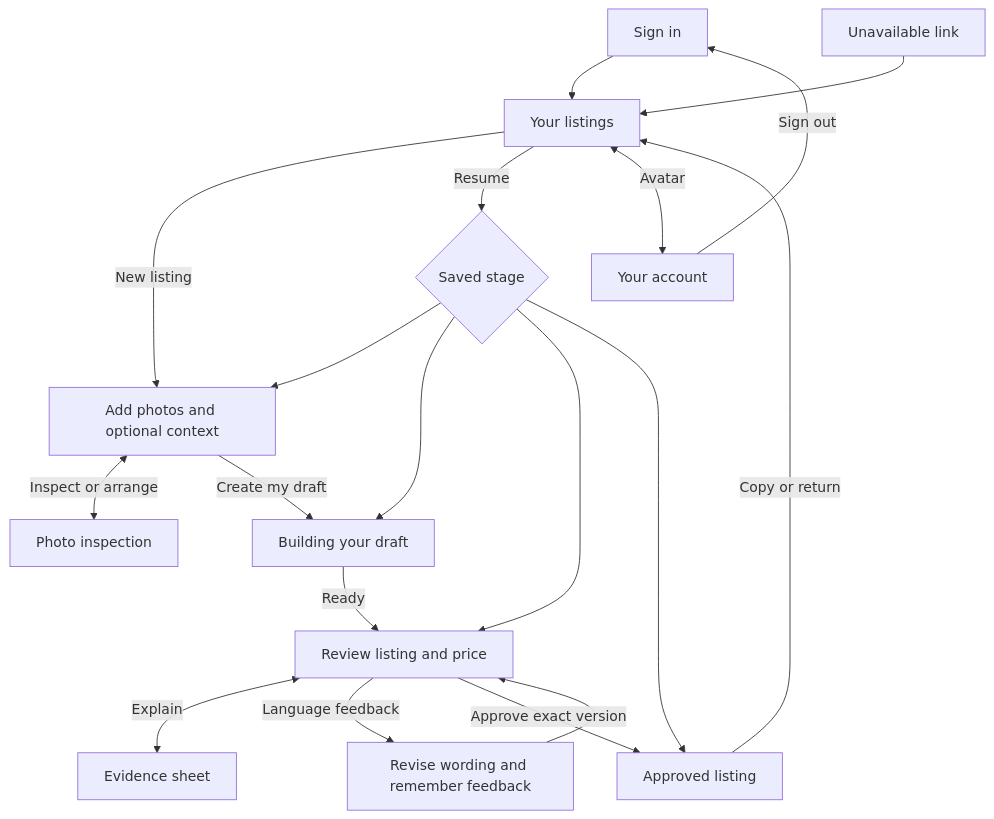
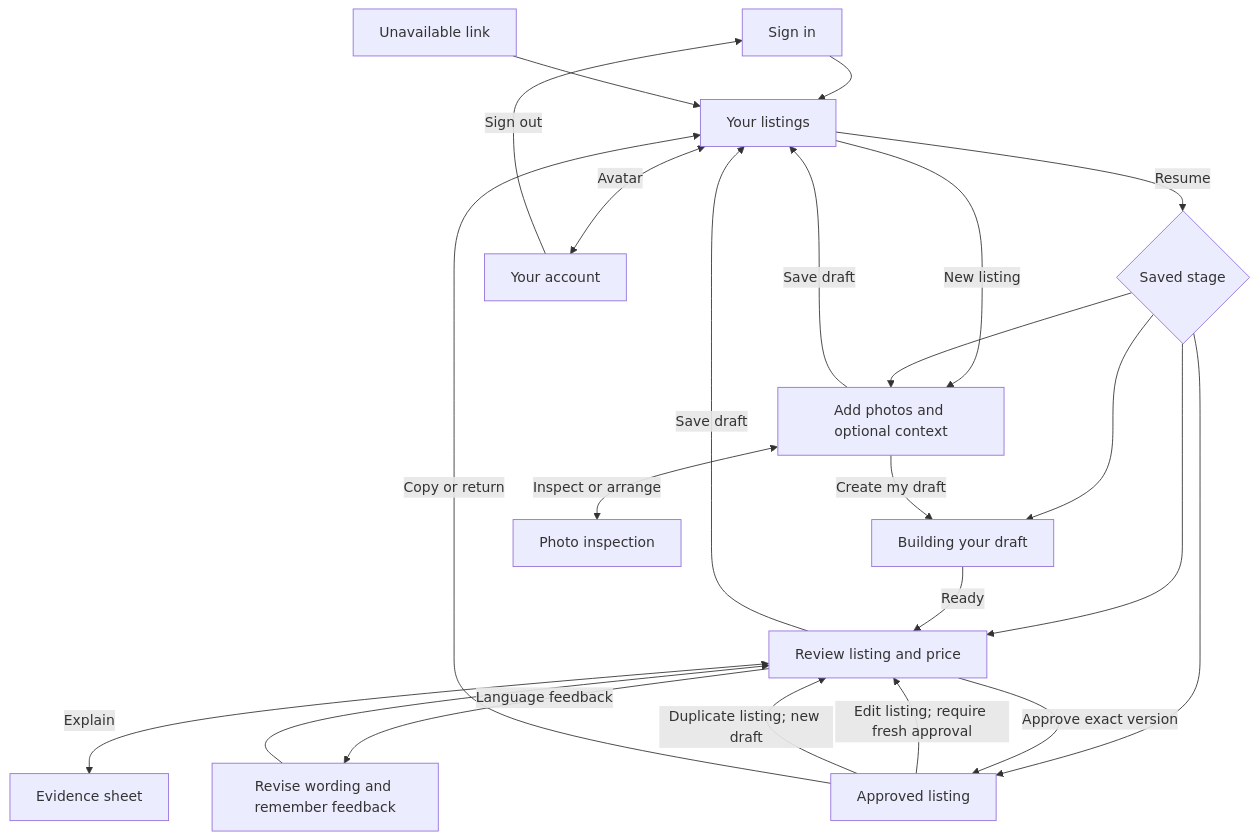
One commit to anicolao/vintage changed the diagram in UX_DESIGN.md. Above: the diagram before and after it, drawn with Mermaid. The commit also changed other lines of this file and 43 other files, not shown here.

Commit message:
Add saved drafts and editable, independent approved listing copies

````diff
--- a/UX_DESIGN.md
+++ b/UX_DESIGN.md
@@ -19,21 +19,25 @@
 ```mermaid
 flowchart TD
     SignIn[Sign in] --> Listings[Your listings]
     Listings -->|New listing| Photos[Add photos and optional context]
     Listings -->|Resume| Resume{Saved stage}
     Resume --> Photos
     Resume --> Build[Building your draft]
     Resume --> Review[Review listing and price]
     Resume --> Approved[Approved listing]
     Photos <-->|Inspect or arrange| Inspect[Photo inspection]
     Photos -->|Create my draft| Build
     Build -->|Ready| Review
     Review <-->|Explain| Evidence[Evidence sheet]
     Review -->|Language feedback| Revise[Revise wording and remember feedback]
     Revise --> Review
+    Photos -->|Save draft| Listings
+    Review -->|Save draft| Listings
+    Approved -->|Edit listing; require fresh approval| Review
+    Approved -->|Duplicate listing; new draft| Review
     Review -->|Approve exact version| Approved
     Approved -->|Copy or return| Listings
     Listings <-->|Avatar| Account[Your account]
     Account -->|Sign out| SignIn
     Recovery[Unavailable link] --> Listings
 ```
````
